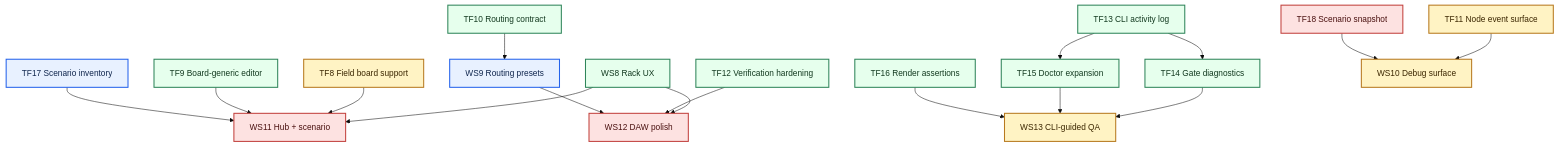
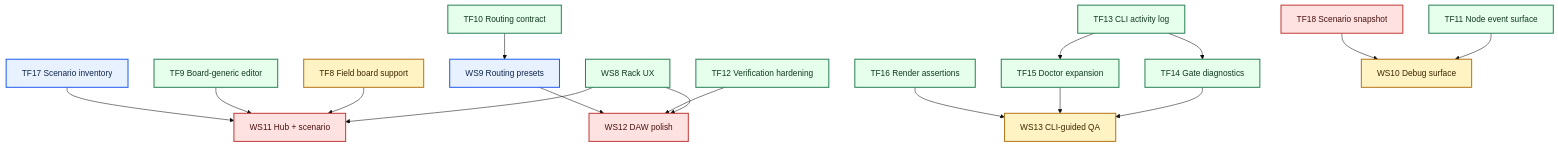
The second of 2 diagrams in DaisyHost/WORKSTREAM_TRACKER.md (Denys/DaisyExamples), drawn with Mermaid (base theme) before and after one commit. The commit also changed other lines of this file and 33 other files, not shown here.

````diff
--- a/DaisyHost/WORKSTREAM_TRACKER.md
+++ b/DaisyHost/WORKSTREAM_TRACKER.md
@@ -217,42 +224,41 @@
 ```mermaid
 flowchart TD
   tf8["TF8 Field board support"]
   tf9["TF9 Board-generic editor"]
   tf10["TF10 Routing contract"]
   tf11["TF11 Node event surface"]
   tf12["TF12 Verification hardening"]
   tf13["TF13 CLI activity log"]
   tf14["TF14 Gate diagnostics"]
   tf15["TF15 Doctor expansion"]
   tf16["TF16 Render assertions"]
   tf17["TF17 Scenario inventory"]
   tf18["TF18 Scenario snapshot"]
   ws8["WS8 Rack UX"]
 
   tf13 --> tf14
   tf13 --> tf15
   tf14 --> ws13["WS13 CLI-guided QA"]
   tf15 --> ws13
   tf16 --> ws13
   tf10 --> ws9["WS9 Routing presets"]
   tf11 --> ws10["WS10 Debug surface"]
   tf18 --> ws10
   ws8 --> ws11["WS11 Hub + scenario"]
   tf8 --> ws11
   tf9 --> ws11
   tf17 --> ws11
   ws8 --> ws12["WS12 DAW polish"]
   tf12 --> ws12
   ws9 --> ws12
 
   classDef done fill:#e6ffed,stroke:#2f855a,color:#12391f,stroke-width:2px
   classDef partial fill:#fff3c4,stroke:#b7791f,color:#3b2600,stroke-width:2px
   classDef ready fill:#e8f1ff,stroke:#2563eb,color:#10264d,stroke-width:2px
   classDef blocked fill:#fde2e1,stroke:#c2413d,color:#4a1110,stroke-width:2px
 
-  class ws8,tf9,tf10,tf12,tf13,tf14,tf15,tf16 done
-  class tf8,tf11,ws10 partial
+  class ws8,tf9,tf10,tf11,tf12,tf13,tf14,tf15,tf16 done
+  class tf8,ws10,ws13 partial
   class ws9,tf17 ready
   class ws11,ws12,tf18 blocked
-  class ws13 partial
 ```
````
